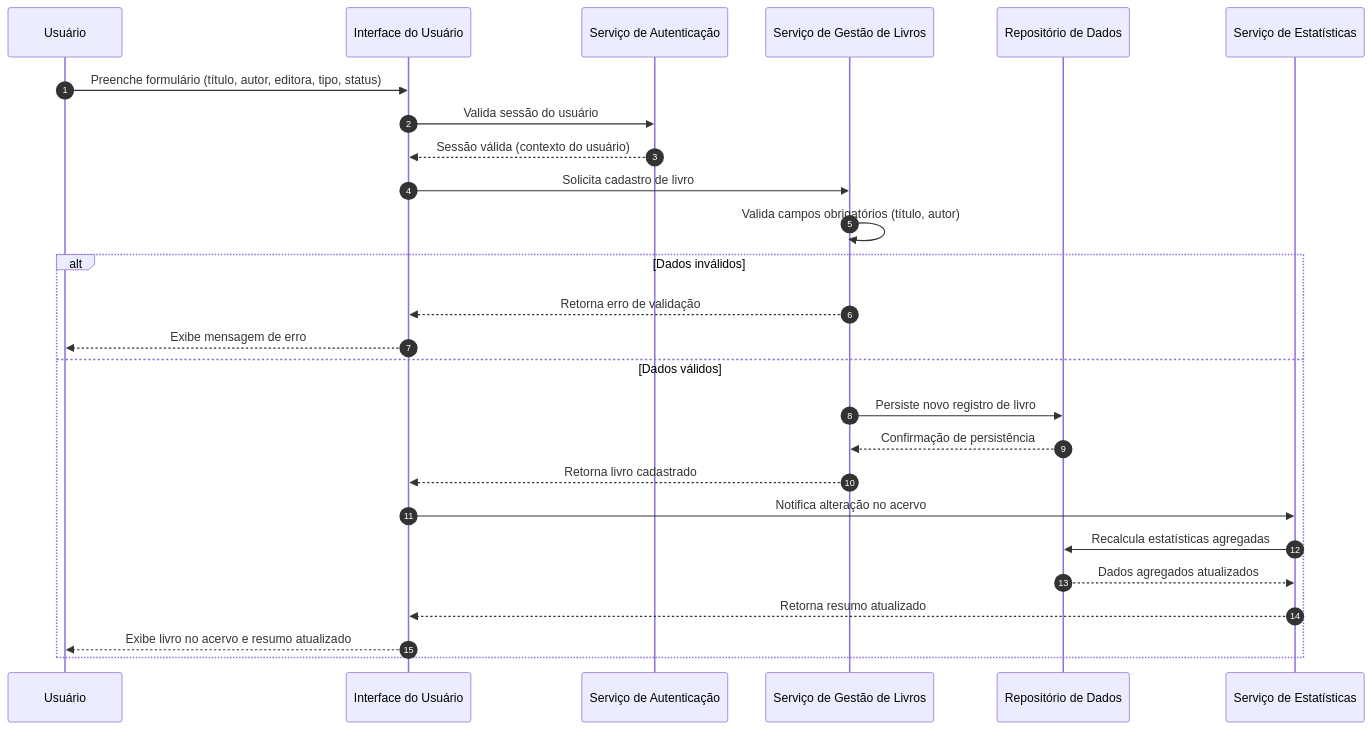
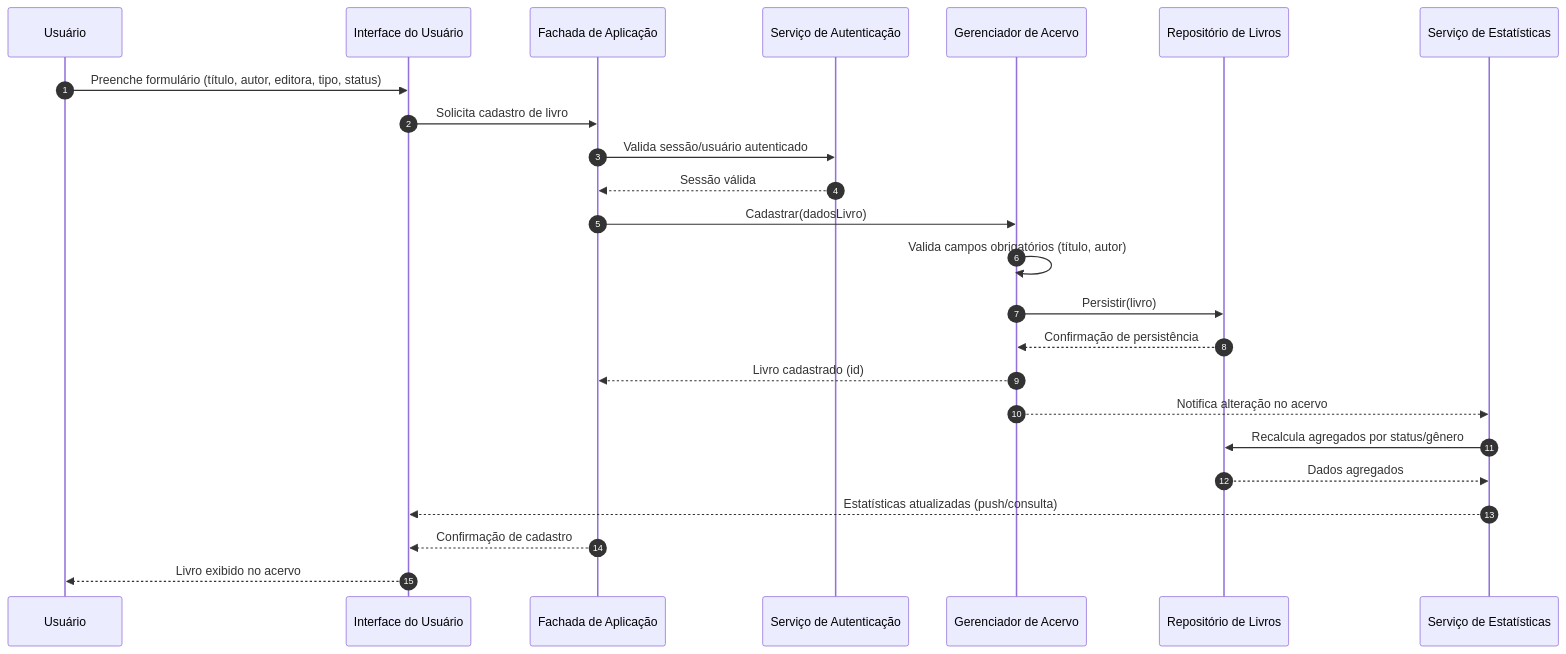
Before and after one commit to PDC-ESIA/AI4ES: the second of 3 diagrams in docs/Time_2_Design/analise-qualitativa/outputs/relatorio_claude_sonnet_5_P04.md, drawn with Mermaid. The commit also changed other lines of this file and 93 other files, not shown here.

````diff
--- a/docs/Time_2_Design/analise-qualitativa/outputs/relatorio_claude_sonnet_5_P04.md
+++ b/docs/Time_2_Design/analise-qualitativa/outputs/relatorio_claude_sonnet_5_P04.md
@@ -85,29 +80,27 @@
 ```mermaid
 sequenceDiagram
     autonumber
-    participant U as Usuário
+    participant Usuario as Usuário
     participant UI as Interface do Usuário
-    participant Auth as Serviço de Autenticação
-    participant Book as Serviço de Gestão de Livros
-    participant Repo as Repositório de Dados
-    participant Stats as Serviço de Estatísticas
+    participant API as Fachada de Aplicação
+    participant AUTH as Serviço de Autenticação
+    participant LIVRO as Gerenciador de Acervo
+    participant REPO as Repositório de Livros
+    participant RESUMO as Serviço de Estatísticas
 
-    U->>UI: Preenche formulário (título, autor, editora, tipo, status)
-    UI->>Auth: Valida sessão do usuário
-    Auth-->>UI: Sessão válida (contexto do usuário)
-    UI->>Book: Solicita cadastro de livro
-    Book->>Book: Valida campos obrigatórios (título, autor)
-    alt Dados inválidos
-        Book-->>UI: Retorna erro de validação
-        UI-->>U: Exibe mensagem de erro
-    else Dados válidos
-        Book->>Repo: Persiste novo registro de livro
-        Repo-->>Book: Confirmação de persistência
-        Book-->>UI: Retorna livro cadastrado
-        UI->>Stats: Notifica alteração no acervo
-        Stats->>Repo: Recalcula estatísticas agregadas
-        Repo-->>Stats: Dados agregados atualizados
-        Stats-->>UI: Retorna resumo atualizado
-        UI-->>U: Exibe livro no acervo e resumo atualizado
-    end
+    Usuario->>UI: Preenche formulário (título, autor, editora, tipo, status)
+    UI->>API: Solicita cadastro de livro
+    API->>AUTH: Valida sessão/usuário autenticado
+    AUTH-->>API: Sessão válida
+    API->>LIVRO: Cadastrar(dadosLivro)
+    LIVRO->>LIVRO: Valida campos obrigatórios (título, autor)
+    LIVRO->>REPO: Persistir(livro)
+    REPO-->>LIVRO: Confirmação de persistência
+    LIVRO-->>API: Livro cadastrado (id)
+    LIVRO-->>RESUMO: Notifica alteração no acervo
+    RESUMO->>REPO: Recalcula agregados por status/gênero
+    REPO-->>RESUMO: Dados agregados
+    RESUMO-->>UI: Estatísticas atualizadas (push/consulta)
+    API-->>UI: Confirmação de cadastro
+    UI-->>Usuario: Livro exibido no acervo
 ```
````
